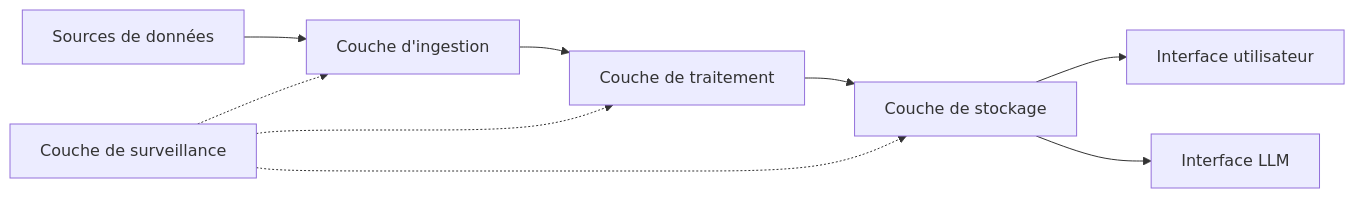
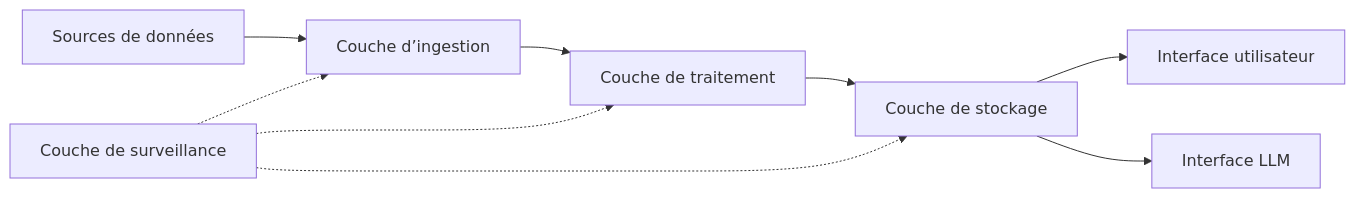
One commit to kafkiano/astrowind-i18n changed the second of 2 diagrams in src/data/pages/fr/markdown.md. Above: the diagram before and after it, drawn with Mermaid. The commit also changed other lines of this file and 5 other files, not shown here.

````diff
--- a/src/data/pages/fr/markdown.md
+++ b/src/data/pages/fr/markdown.md
@@ -448,11 +448,11 @@
 ```mermaid
 flowchart LR
-    A[Sources de données] --> B[Couche d'ingestion]
+    A[Sources de données] --> B[Couche d’ingestion]
     B --> C[Couche de traitement]
     C --> D[Couche de stockage]
     D --> E[Interface utilisateur]
     D --> F[Interface LLM]
     G[Couche de surveillance] -.-> B
     G -.-> C
     G -.-> D
 ```
````
